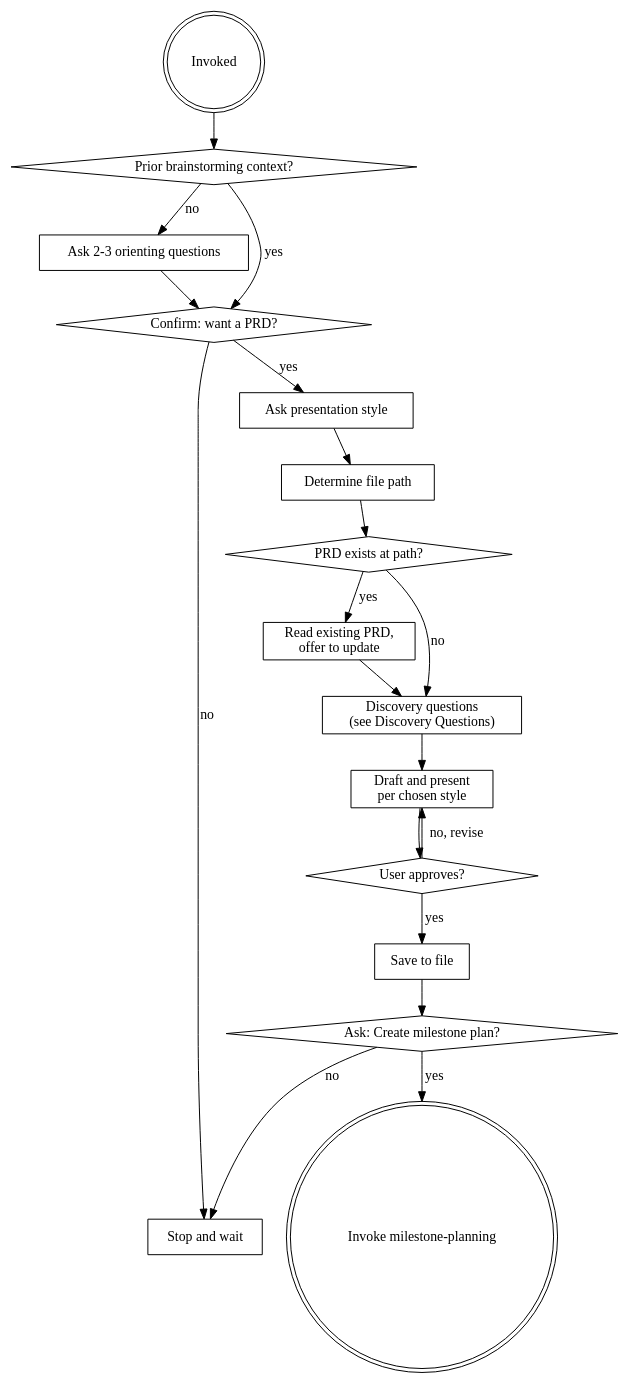
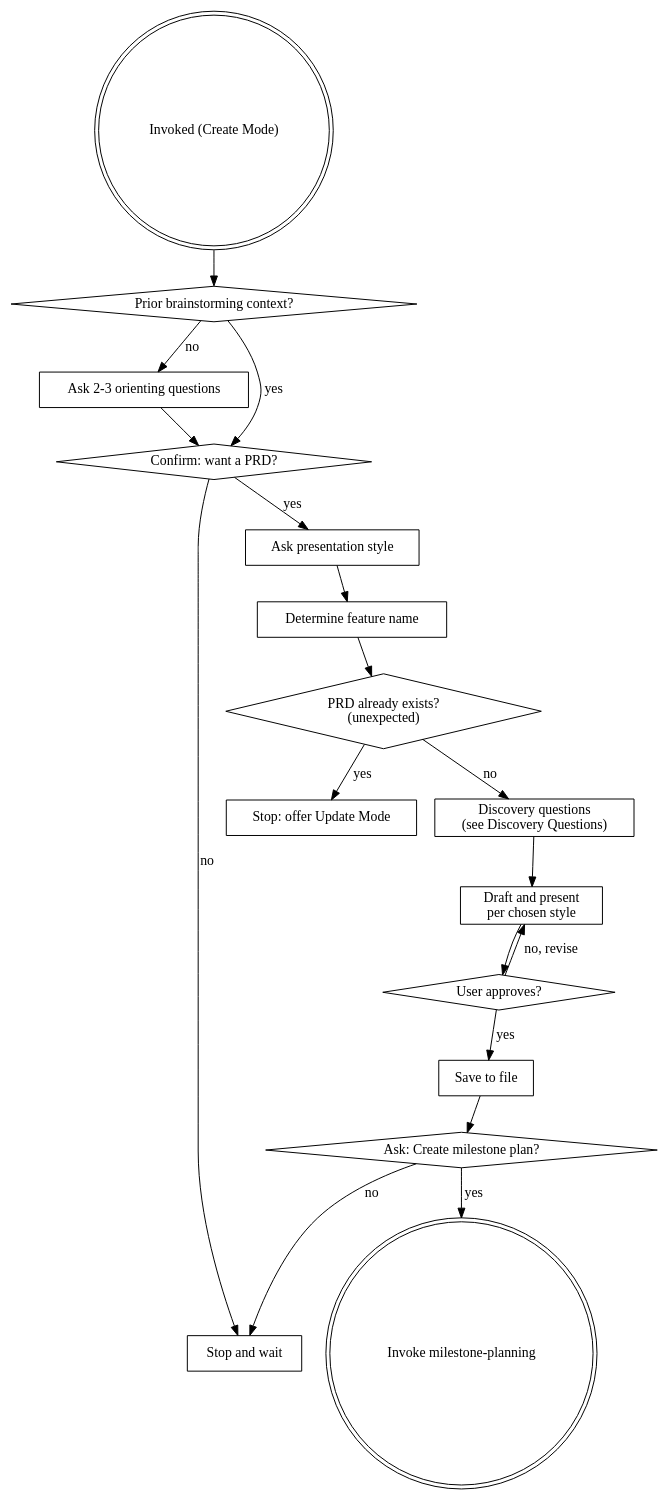
One commit to walnashgit/mysuperpowers changed the first of 2 diagrams in skills/creating-prd/SKILL.md. Above: the diagram before and after it, drawn with Graphviz. The commit also changed other lines of this file and 1 other file, not shown here.

Commit message:
added prd and planning revision flow

````diff
--- a/skills/creating-prd/SKILL.md
+++ b/skills/creating-prd/SKILL.md
@@ -35,38 +53,37 @@
 ```dot
 digraph creating_prd {
-    "Invoked" [shape=doublecircle];
+    "Invoked (Create Mode)" [shape=doublecircle];
     "Prior brainstorming context?" [shape=diamond];
     "Ask 2-3 orienting questions" [shape=box];
     "Confirm: want a PRD?" [shape=diamond];
     "Stop and wait" [shape=box];
     "Ask presentation style" [shape=box];
-    "Determine file path" [shape=box];
-    "PRD exists at path?" [shape=diamond];
-    "Read existing PRD,\noffer to update" [shape=box];
+    "Determine feature name" [shape=box];
+    "PRD already exists?\n(unexpected)" [shape=diamond];
+    "Stop: offer Update Mode" [shape=box];
     "Discovery questions\n(see Discovery Questions)" [shape=box];
     "Draft and present\nper chosen style" [shape=box];
     "User approves?" [shape=diamond];
     "Save to file" [shape=box];
     "Ask: Create milestone plan?" [shape=diamond];
     "Invoke milestone-planning" [shape=doublecircle];
 
-    "Invoked" -> "Prior brainstorming context?";
+    "Invoked (Create Mode)" -> "Prior brainstorming context?";
     "Prior brainstorming context?" -> "Ask 2-3 orienting questions" [label="no"];
     "Prior brainstorming context?" -> "Confirm: want a PRD?" [label="yes"];
     "Ask 2-3 orienting questions" -> "Confirm: want a PRD?";
     "Confirm: want a PRD?" -> "Stop and wait" [label="no"];
     "Confirm: want a PRD?" -> "Ask presentation style" [label="yes"];
-    "Ask presentation style" -> "Determine file path";
-    "Determine file path" -> "PRD exists at path?";
-    "PRD exists at path?" -> "Read existing PRD,\noffer to update" [label="yes"];
-    "PRD exists at path?" -> "Discovery questions\n(see Discovery Questions)" [label="no"];
-    "Read existing PRD,\noffer to update" -> "Discovery questions\n(see Discovery Questions)";
+    "Ask presentation style" -> "Determine feature name";
+    "Determine feature name" -> "PRD already exists?\n(unexpected)";
+    "PRD already exists?\n(unexpected)" -> "Stop: offer Update Mode" [label="yes"];
+    "PRD already exists?\n(unexpected)" -> "Discovery questions\n(see Discovery Questions)" [label="no"];
     "Discovery questions\n(see Discovery Questions)" -> "Draft and present\nper chosen style";
     "Draft and present\nper chosen style" -> "User approves?";
     "User approves?" -> "Draft and present\nper chosen style" [label="no, revise"];
     "User approves?" -> "Save to file" [label="yes"];
     "Save to file" -> "Ask: Create milestone plan?";
     "Ask: Create milestone plan?" -> "Invoke milestone-planning" [label="yes"];
     "Ask: Create milestone plan?" -> "Stop and wait" [label="no"];
 }
 ```
````
